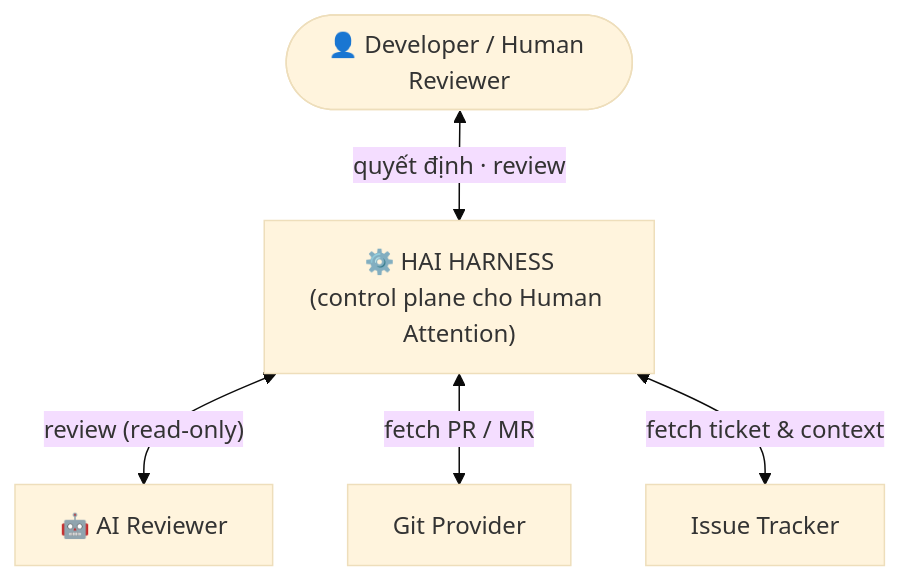
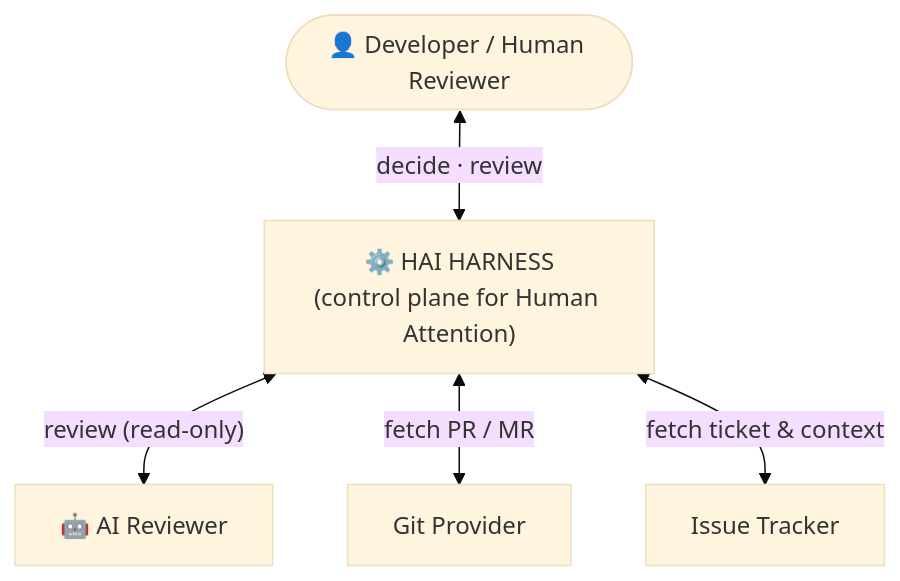
Before and after one commit to nbhson/app-human-attention-infrastructure: the first of 7 diagrams in docs/summary/HAI_flow.md, drawn with Mermaid (base theme). The commit also changed other lines of this file and 4 other files, not shown here.

````diff
--- a/docs/summary/HAI_flow.md
+++ b/docs/summary/HAI_flow.md
@@ -18,7 +18,7 @@
 ```mermaid
 flowchart TB
-    H(["👤 Developer / Human Reviewer"]) <-->|"quyết định · review"| HAI["⚙️ HAI HARNESS<br/>(control plane cho Human Attention)"]
+    H(["👤 Developer / Human Reviewer"]) <-->|"decide · review"| HAI["⚙️ HAI HARNESS<br/>(control plane for Human Attention)"]
     HAI <-->|"review (read-only)"| AI["🤖 AI Reviewer"]
     HAI <-->|"fetch PR / MR"| GIT["Git Provider"]
     HAI <-->|"fetch ticket & context"| IT["Issue Tracker"]
 ```
````
